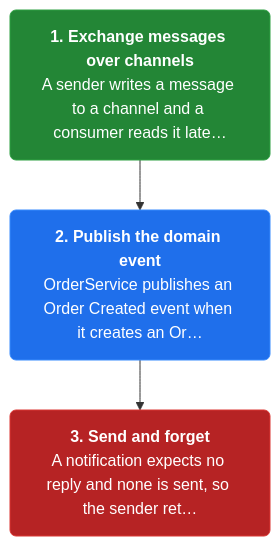
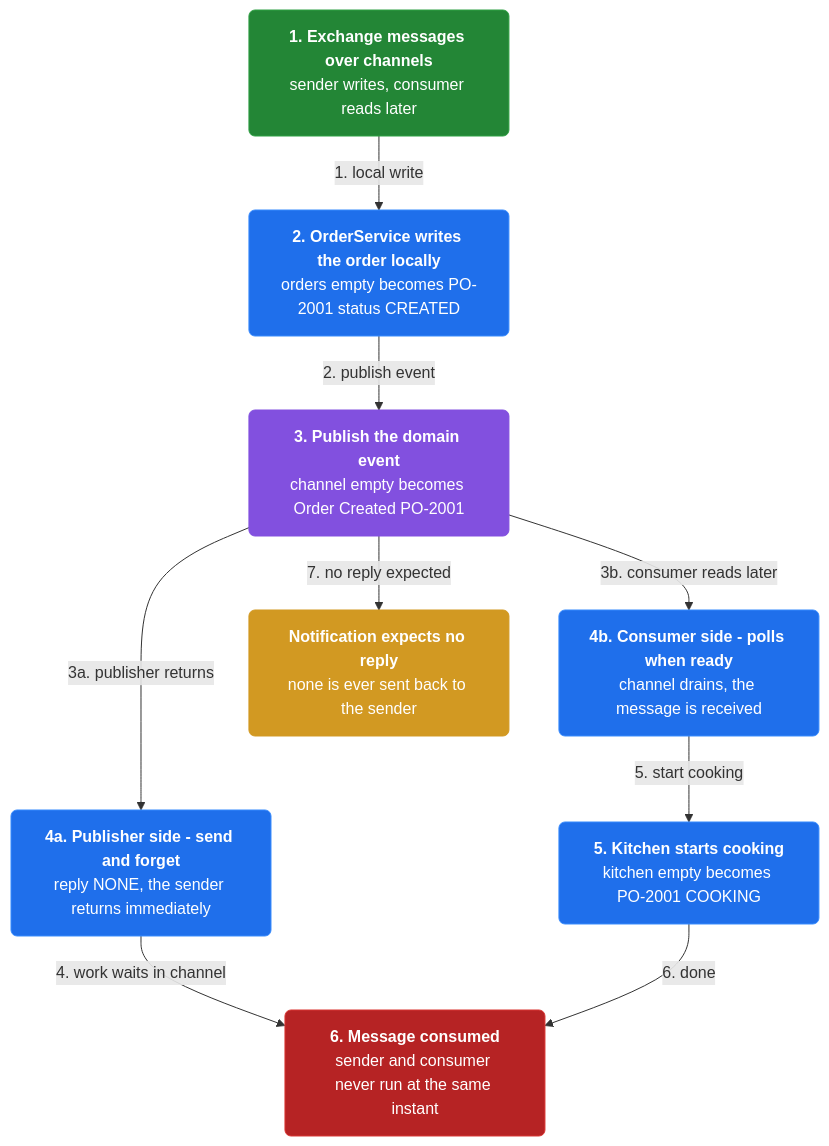
Before and after one commit to vinayakuber/microservices-io-study-guide: the first of 4 diagrams in docs/ch05-messaging.md, drawn with Mermaid. The commit also changed other lines of this file and 46 other files, not shown here.

First line of the commit message:
Author rich branching flow diagrams for all 44 chapters

````diff
--- a/docs/ch05-messaging.md
+++ b/docs/ch05-messaging.md
@@ -13,11 +13,24 @@
 ```mermaid
 flowchart TD
-  classDef step fill:#1f6feb,color:#ffffff,stroke:#388bfd,stroke-width:1px,rx:6
+  classDef step fill:#1f6feb,color:#ffffff,stroke:#388bfd,rx:6
+  classDef core fill:#8250df,color:#ffffff,stroke:#8250df,rx:6
+  classDef warn fill:#d29922,color:#ffffff,stroke:#d29922,rx:6
   classDef start fill:#238636,color:#ffffff,stroke:#2ea043,rx:6
   classDef stop fill:#b62324,color:#ffffff,stroke:#da3633,rx:6
-  s0n0["<b>1. Exchange messages over channels</b><br/>A sender writes a message to a channel and a consumer reads it late…"]:::start
-  s0n1["<b>2. Publish the domain event</b><br/>OrderService publishes an Order Created event when it creates an Or…"]:::step
-  s0n2["<b>3. Send and forget</b><br/>A notification expects no reply and none is sent, so the sender ret…"]:::stop
-  s0n0 --> s0n1
-  s0n1 --> s0n2
+  n0["<b>1. Exchange messages over channels</b><br/>sender writes, consumer reads later"]:::start
+  n1["<b>2. OrderService writes the order locally</b><br/>orders empty becomes PO-2001 status CREATED"]:::step
+  n2["<b>3. Publish the domain event</b><br/>channel empty becomes Order Created PO-2001"]:::core
+  n3["<b>4a. Publisher side - send and forget</b><br/>reply NONE, the sender returns immediately"]:::step
+  n4["<b>4b. Consumer side - polls when ready</b><br/>channel drains, the message is received"]:::step
+  n5["<b>5. Kitchen starts cooking</b><br/>kitchen empty becomes PO-2001 COOKING"]:::step
+  n6["<b>6. Message consumed</b><br/>sender and consumer never run at the same instant"]:::stop
+  n7["<b>Notification expects no reply</b><br/>none is ever sent back to the sender"]:::warn
+  n0 -->|"1. local write"| n1
+  n1 -->|"2. publish event"| n2
+  n2 -->|"3a. publisher returns"| n3
+  n2 -->|"3b. consumer reads later"| n4
+  n3 -->|"4. work waits in channel"| n6
+  n4 -->|"5. start cooking"| n5
+  n5 -->|"6. done"| n6
+  n2 -->|"7. no reply expected"| n7
 ```
````
